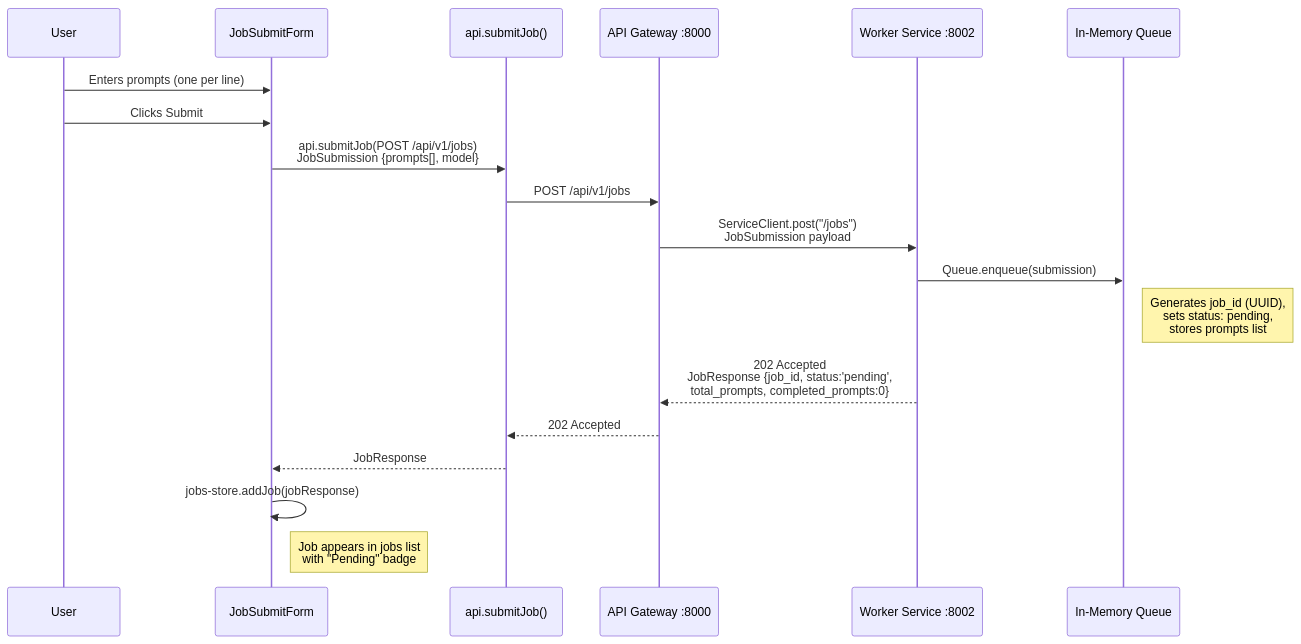
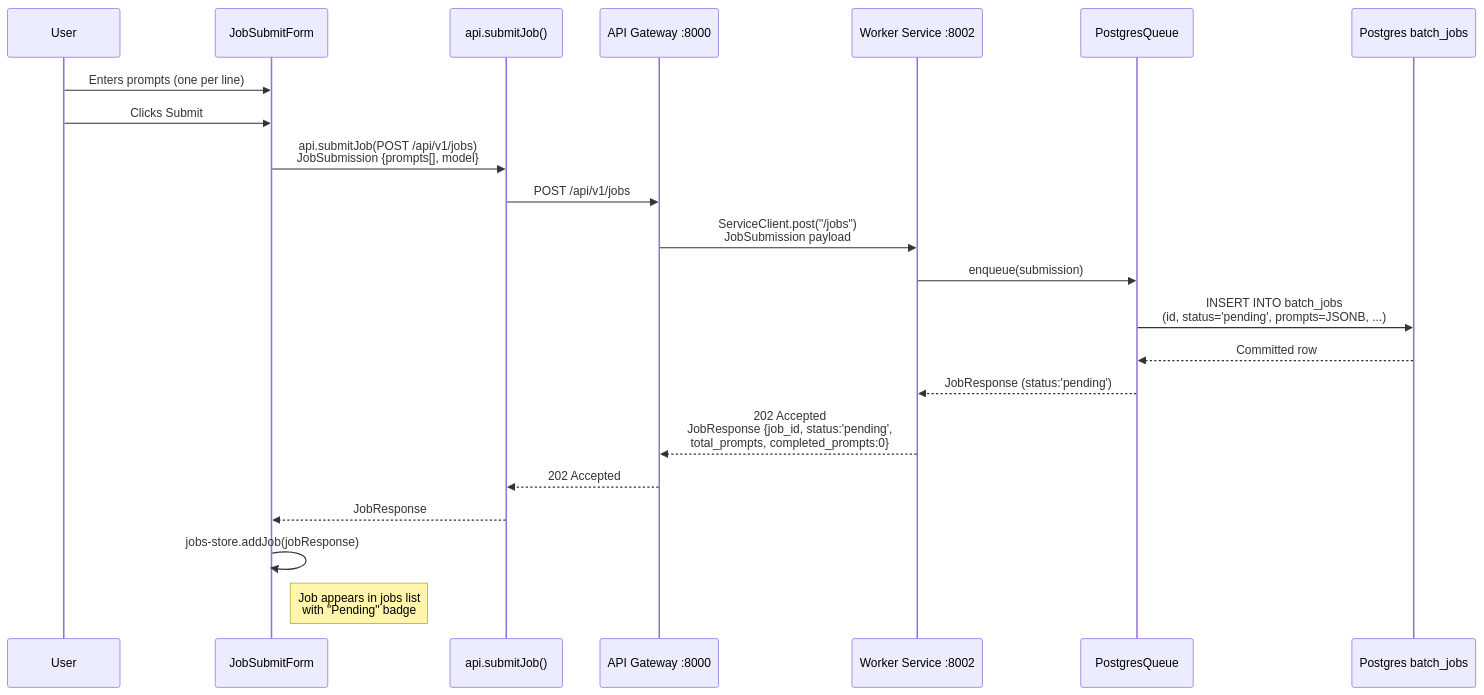
The fourth of 11 diagrams in architecture/data-flow.md (myckhel/prodigon), drawn with Mermaid before and after one commit. The commit also changed other lines of this file and 8 other files, not shown here.

Commit message:
prodigon V1: update architecture refs

````diff
--- a/architecture/data-flow.md
+++ b/architecture/data-flow.md
@@ -133,26 +207,29 @@
 ```mermaid
 sequenceDiagram
     participant User
     participant JobSubmitForm
     participant API as api.submitJob()
     participant Gateway as API Gateway :8000
     participant WorkerService as Worker Service :8002
-    participant Queue as In-Memory Queue
+    participant Queue as PostgresQueue
+    participant DB as Postgres batch_jobs
 
     User->>JobSubmitForm: Enters prompts (one per line)
     User->>JobSubmitForm: Clicks Submit
 
     JobSubmitForm->>API: api.submitJob(POST /api/v1/jobs)<br/>JobSubmission {prompts[], model}
     API->>Gateway: POST /api/v1/jobs
 
     Gateway->>WorkerService: ServiceClient.post("/jobs")<br/>JobSubmission payload
-    WorkerService->>Queue: Queue.enqueue(submission)
-    Note right of Queue: Generates job_id (UUID),<br/>sets status: pending,<br/>stores prompts list
+    WorkerService->>Queue: enqueue(submission)
+    Queue->>DB: INSERT INTO batch_jobs<br/>(id, status='pending', prompts=JSONB, ...)
+    DB-->>Queue: Committed row
+    Queue-->>WorkerService: JobResponse (status:'pending')
 
     WorkerService-->>Gateway: 202 Accepted<br/>JobResponse {job_id, status:'pending',<br/>total_prompts, completed_prompts:0}
     Gateway-->>API: 202 Accepted
     API-->>JobSubmitForm: JobResponse
 
     JobSubmitForm->>JobSubmitForm: jobs-store.addJob(jobResponse)
     Note right of JobSubmitForm: Job appears in jobs list<br/>with "Pending" badge
 ```
````
